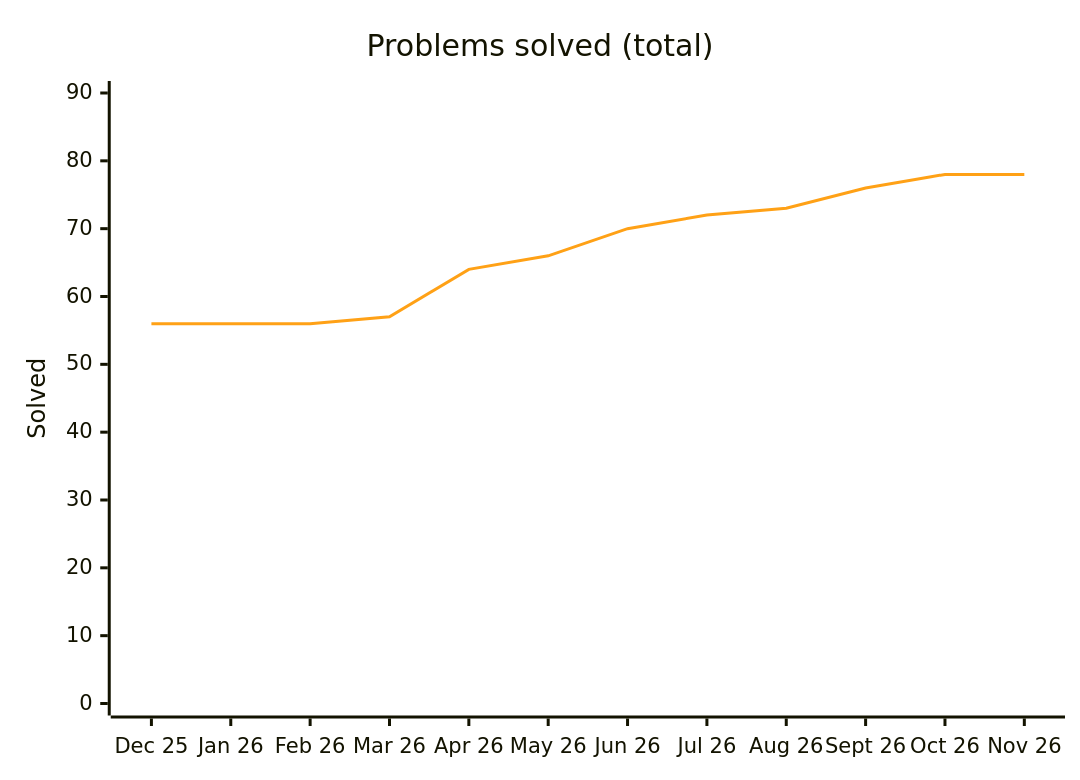
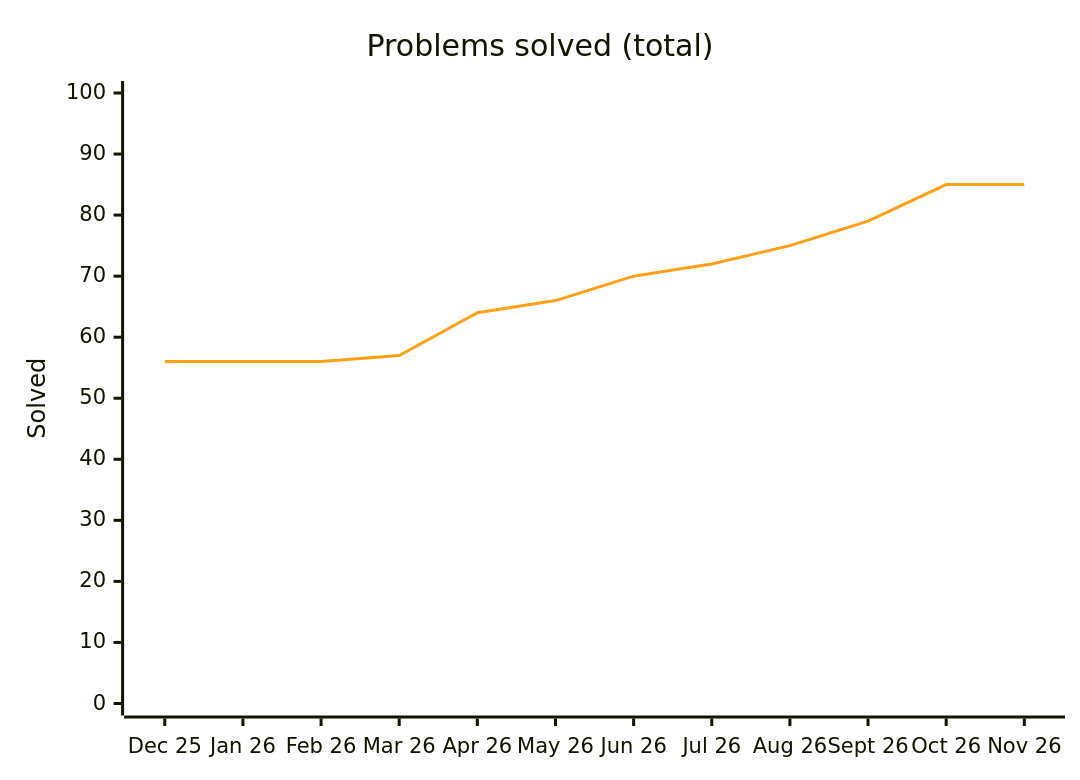
One commit to Ved-u/Java-DSA changed the diagram in README.md. Above: the diagram before and after it, drawn with Mermaid. The commit also changed other lines of this file and 9 other files, not shown here.

````diff
--- a/README.md
+++ b/README.md
@@ -53,8 +53,8 @@
 ```mermaid
 %%{init: {"themeVariables": {"xyChart": {"plotColorPalette": "#ffa116"}}}}%%
 xychart-beta
     title "Problems solved (total)"
     x-axis ["Dec 25", "Jan 26", "Feb 26", "Mar 26", "Apr 26", "May 26", "Jun 26", "Jul 26", "Aug 26", "Sept 26", "Oct 26", "Nov 26"]
-    y-axis "Solved" 0 --> 90
-    line [56, 56, 56, 57, 64, 66, 70, 72, 73, 76, 78, 78]
+    y-axis "Solved" 0 --> 100
+    line [56, 56, 56, 57, 64, 66, 70, 72, 75, 79, 85, 85]
 ```
````
